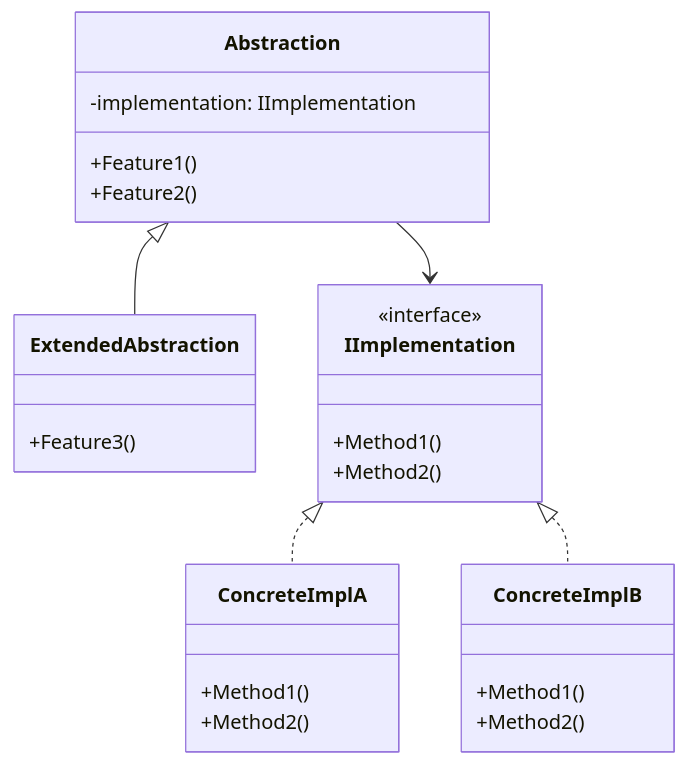
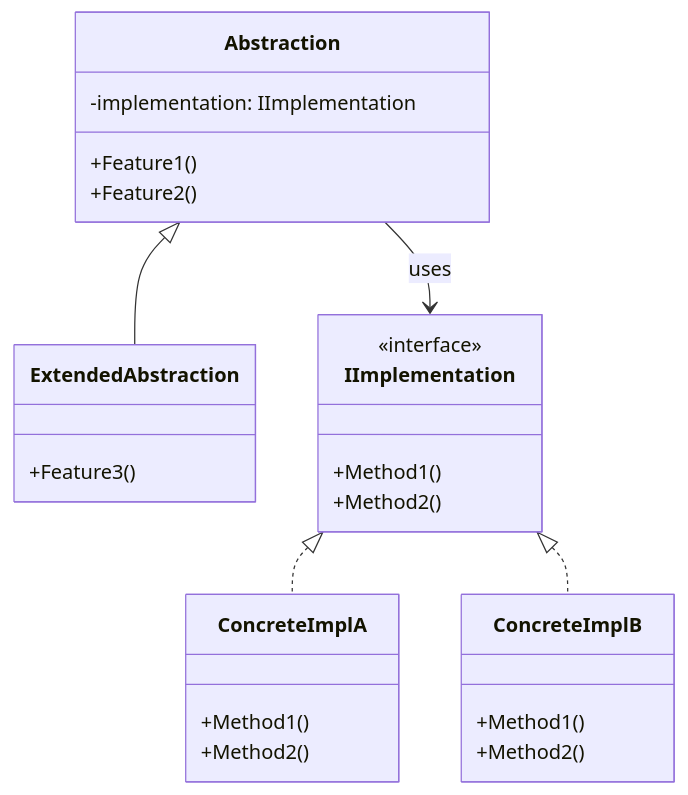
The second of 8 diagrams in raw/cs/design-patterns/structural-patterns.md (minijb/Wiki), drawn with Mermaid before and after one commit. The commit also changed other lines of this file and 962 other files, not shown here.

````diff
--- a/raw/cs/design-patterns/structural-patterns.md
+++ b/raw/cs/design-patterns/structural-patterns.md
@@ -147,29 +183,29 @@
 ```mermaid
 classDiagram
     class Abstraction {
         -implementation: IImplementation
         +Feature1()
         +Feature2()
     }
     class ExtendedAbstraction {
         +Feature3()
     }
     class IImplementation {
         <<interface>>
         +Method1()
         +Method2()
     }
     class ConcreteImplA {
         +Method1()
         +Method2()
     }
     class ConcreteImplB {
         +Method1()
         +Method2()
     }
 
     Abstraction <|-- ExtendedAbstraction
-    Abstraction --> IImplementation
+    Abstraction --> IImplementation : uses
     IImplementation <|.. ConcreteImplA
     IImplementation <|.. ConcreteImplB
 ```
````
